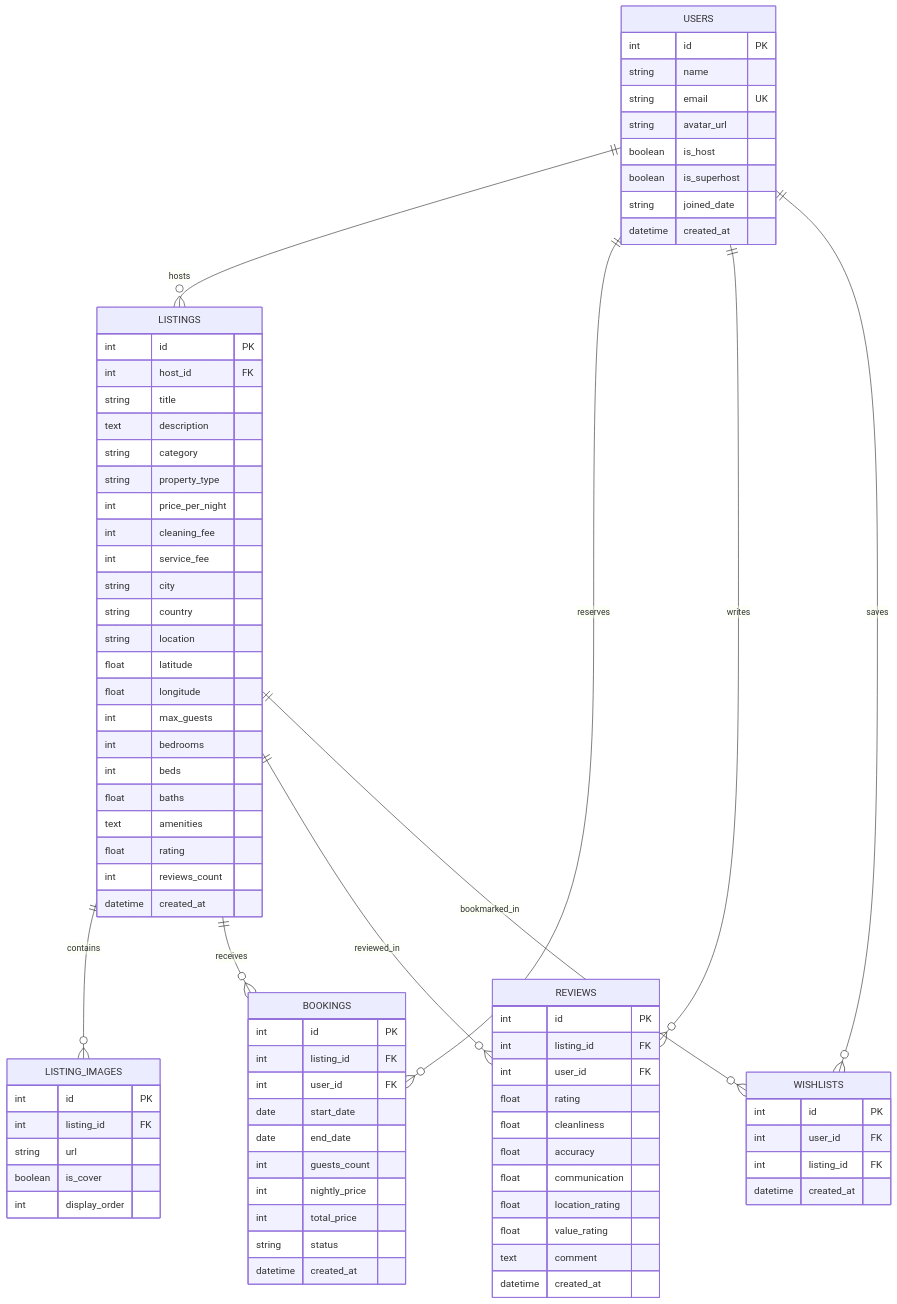
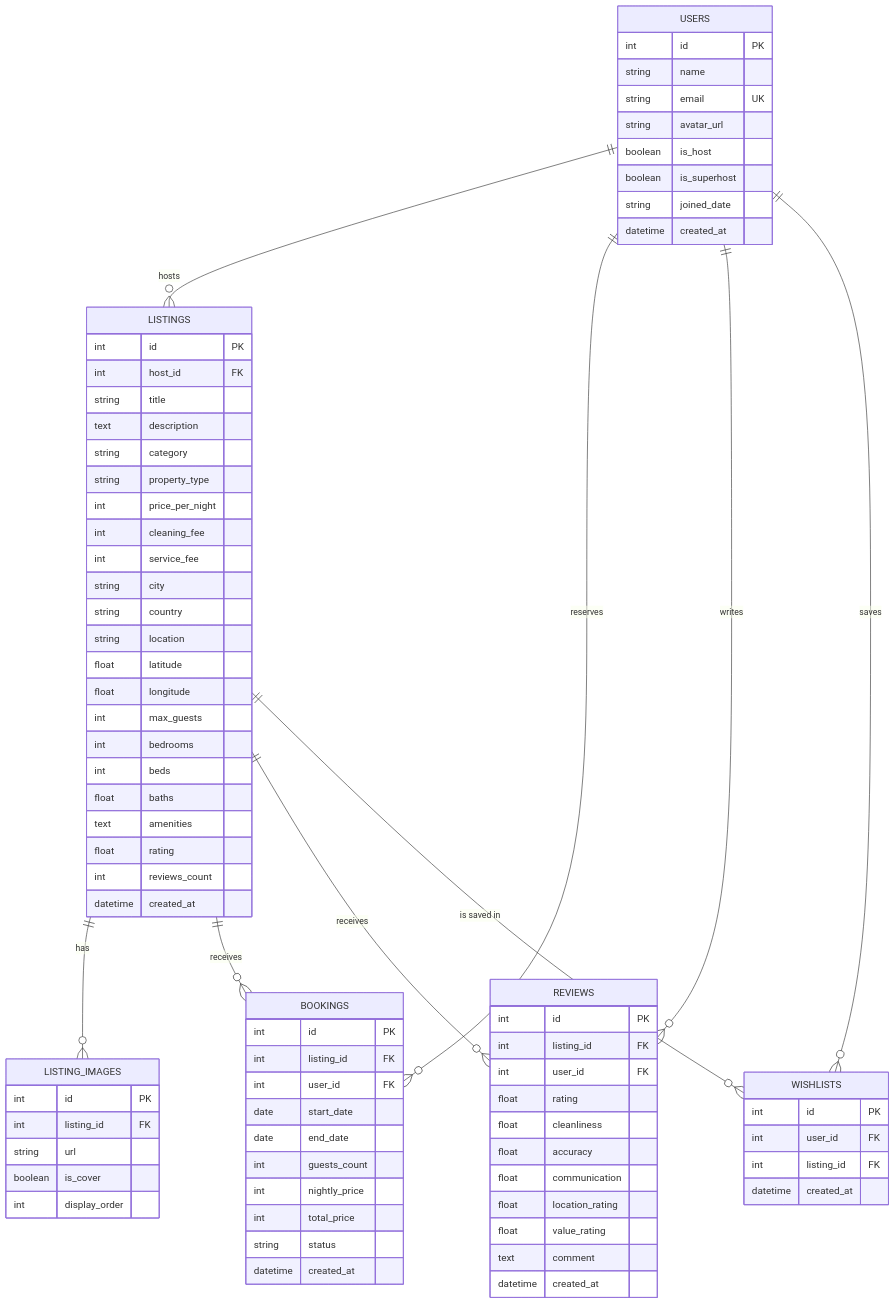
The second of 4 diagrams in README.md (aarzusharma07/airbnb-fullstack-assignment), drawn with Mermaid before and after one commit. The commit also changed other lines of this file, not shown here.

```diff
--- a/README.md
+++ b/README.md
@@ -127,10 +190,10 @@
     USERS ||--o{ BOOKINGS : "reserves"
     USERS ||--o{ REVIEWS : "writes"
     USERS ||--o{ WISHLISTS : "saves"
-    LISTINGS ||--o{ LISTING_IMAGES : "contains"
+    LISTINGS ||--o{ LISTING_IMAGES : "has"
     LISTINGS ||--o{ BOOKINGS : "receives"
-    LISTINGS ||--o{ REVIEWS : "reviewed_in"
-    LISTINGS ||--o{ WISHLISTS : "bookmarked_in"
+    LISTINGS ||--o{ REVIEWS : "receives"
+    LISTINGS ||--o{ WISHLISTS : "is saved in"
 
     USERS {
         int id PK
```
